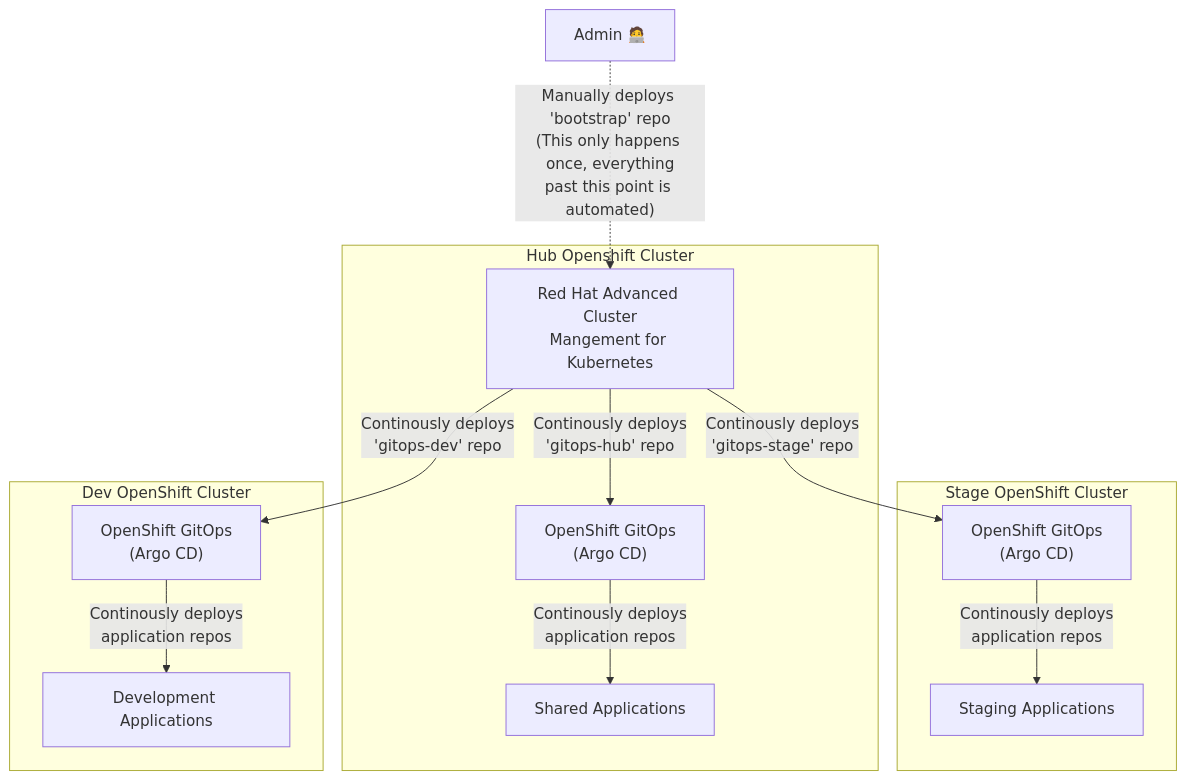
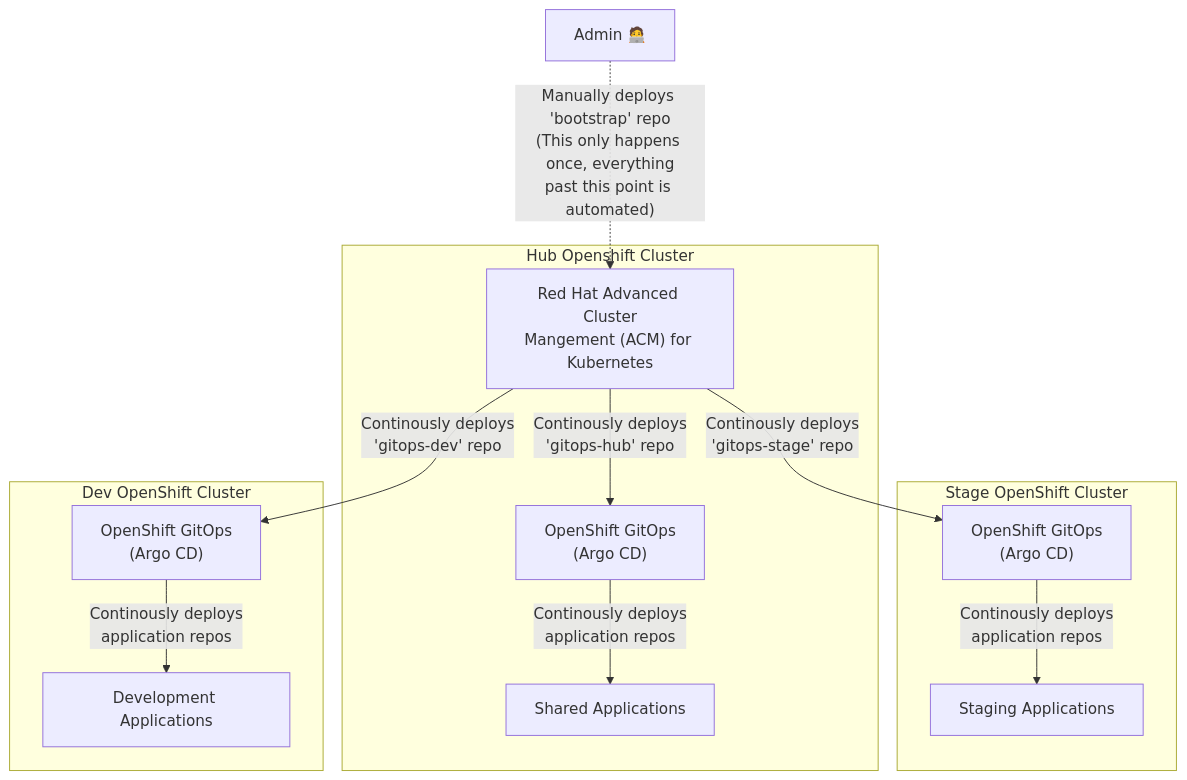
Before and after one commit to hello-world-gitops/.github: the second of 2 diagrams in profile/README.md, drawn with Mermaid. The commit also changed other lines of this file, not shown here.

Commit message:
Formatting updates to clusters diagram

````diff
--- a/profile/README.md
+++ b/profile/README.md
@@ -38,32 +38,32 @@
 ```mermaid
 graph TD
 	Admin["Admin 🧑‍💻"]
-	ACM[Red Hat Advanced Cluster<br />Mangement for Kubernetes]
+	ACM["Red Hat Advanced Cluster<br />Mangement (ACM) for Kubernetes"]
 
 	subgraph stage [Stage OpenShift Cluster]
 	GitOpsStage["OpenShift GitOps<br />(Argo CD)"]
 	StageApplications["Staging Applications"]
 	end
 
 	subgraph hub [Hub Openshift Cluster]
 	ACM
 	GitOpsHub["OpenShift GitOps<br />(Argo CD)"]
 	SharedApplications["Shared Applications"]
 	end
 
 	subgraph dev [Dev OpenShift Cluster]
 	GitOpsDev["OpenShift GitOps<br />(Argo CD)"]
 	DevApplications["Development Applications"]
 	end
 
 	Admin -. "Manually deploys 'bootstrap' repo<br />(This only happens once, everything<br />past this point is automated)" .-> ACM
 
 	ACM -- "Continously deploys<br />'gitops-hub' repo" --> GitOpsHub
 	GitOpsHub -- "Continously deploys<br />application repos" --> SharedApplications
 
 	ACM -- "Continously deploys<br />'gitops-dev' repo" --> GitOpsDev
 	GitOpsDev -- "Continously deploys<br />application repos" --> DevApplications
 
 	ACM -- "Continously deploys<br />'gitops-stage' repo" --> GitOpsStage
 	GitOpsStage -- "Continously deploys<br />application repos" --> StageApplications
 ```
````
